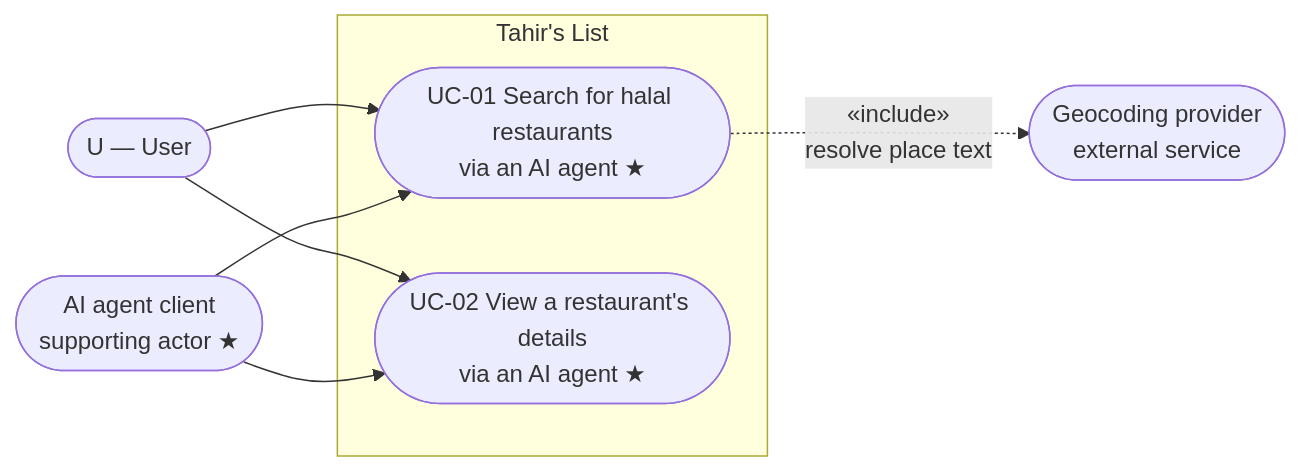
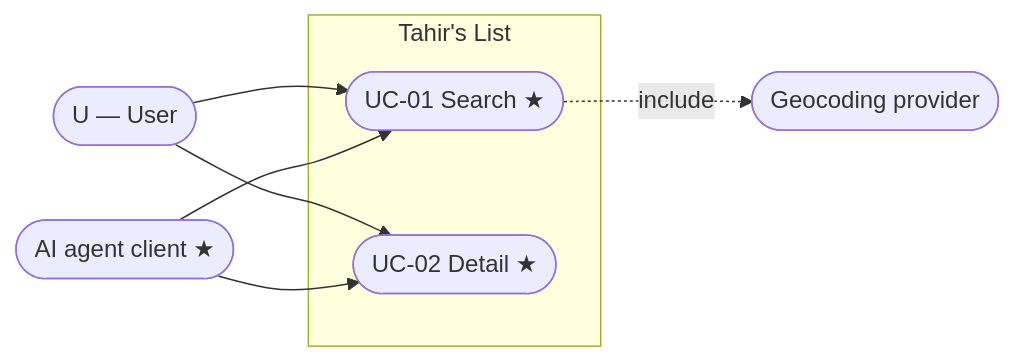
The first of 2 diagrams in docs/features/SC-209/03-use-case-diagram.md (Losers-Lab/tahirs-list), drawn with Mermaid before and after one commit. The commit also changed other lines of this file and 10 other files, not shown here.

Commit message:
[SC-209] Retrofit design to diagram-first standard

````diff
--- a/docs/features/SC-209/03-use-case-diagram.md
+++ b/docs/features/SC-209/03-use-case-diagram.md
@@ -13,17 +7,15 @@
 ```mermaid
 flowchart LR
     U([U — User])
-    AG([AI agent client<br/>supporting actor ★])
-    GEO([Geocoding provider<br/>external service])
-
+    AG([AI agent client ★])
+    GEO([Geocoding provider])
     subgraph System["Tahir's List"]
-        UC01([UC-01 Search for halal restaurants<br/>via an AI agent ★])
-        UC02([UC-02 View a restaurant's details<br/>via an AI agent ★])
+        UC01([UC-01 Search ★])
+        UC02([UC-02 Detail ★])
     end
-
     U --> UC01
     U --> UC02
     AG --> UC01
     AG --> UC02
-    UC01 -.->|«include»<br/>resolve place text| GEO
+    UC01 -.->|include| GEO
 ```
````
